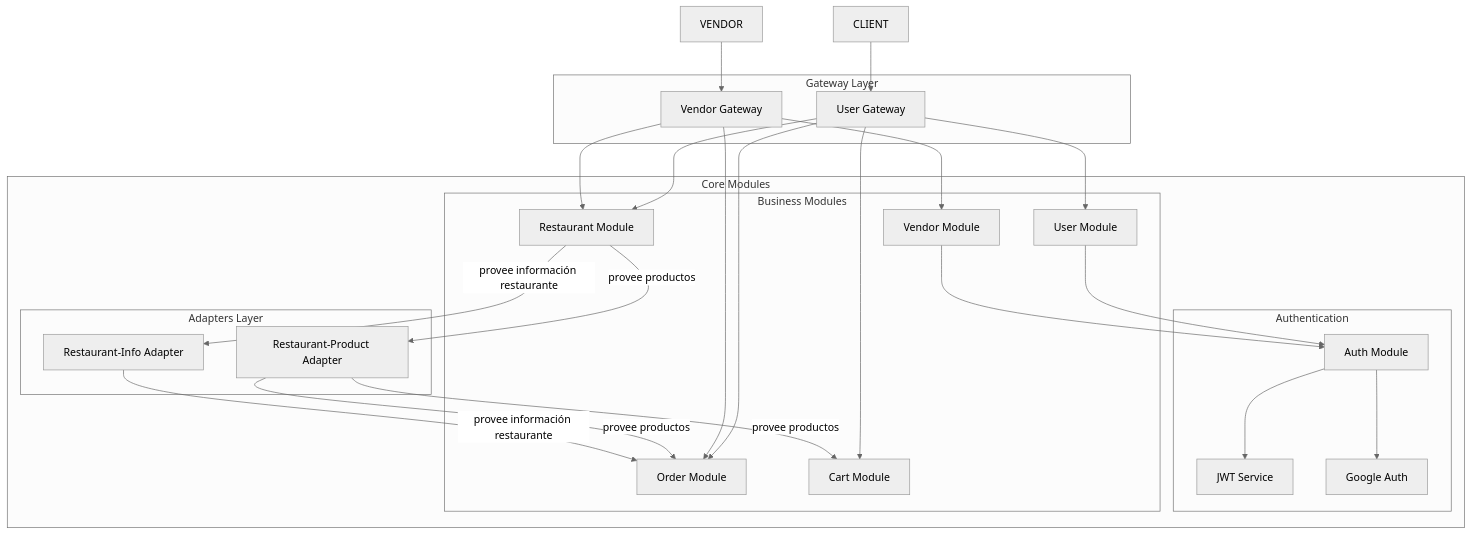
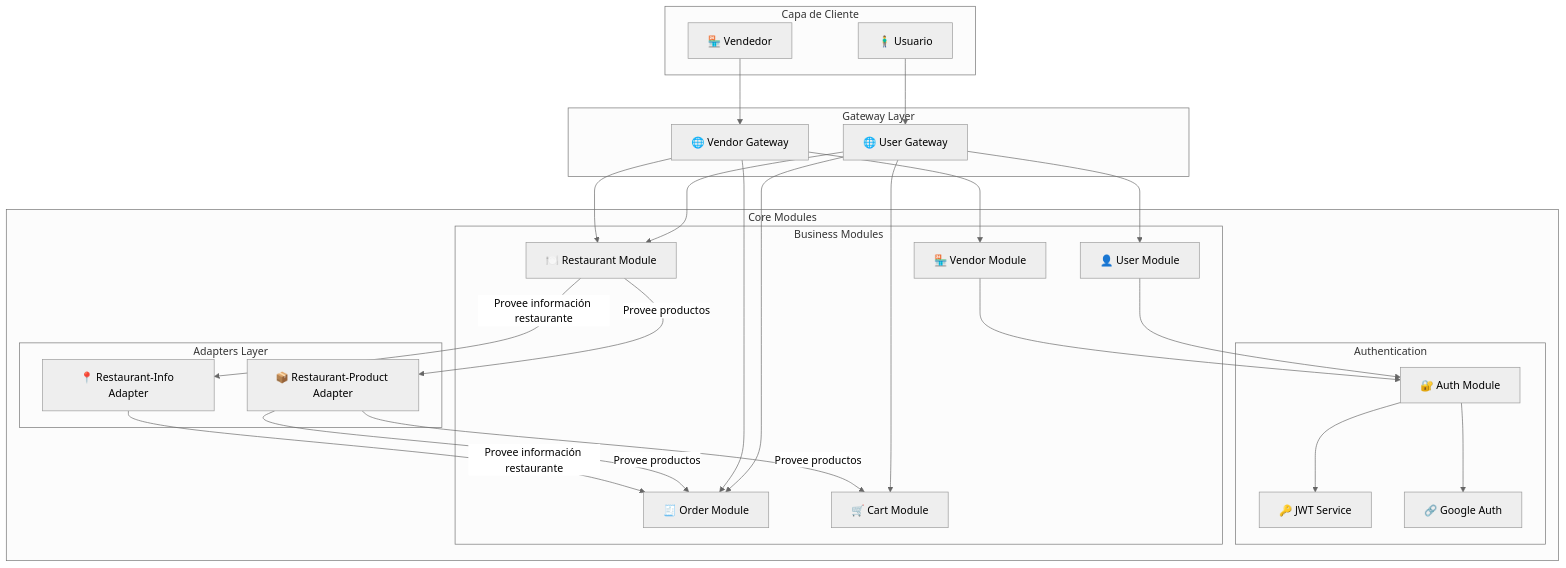
The diagram in README.md (FacundoZin/TP-Rappi-Metodolog-aDeSistemas-), drawn with Mermaid (neutral theme) before and after one commit. The commit also changed other lines of this file, not shown here.

````diff
--- a/README.md
+++ b/README.md
@@ -1,56 +3,72 @@
 ```mermaid
+%% =====================================
+%% ARQUITECTURA GENERAL DEL SISTEMA
+%% =====================================
 graph TB
 
-    subgraph Gateway Layer
-        UG[User Gateway]
-        VG[Vendor Gateway]
+    %% ==== CLIENTES ====
+    subgraph Capa de Cliente
+        CLIENT[🧍‍♂️ Usuario]
+        VENDOR[🏪 Vendedor]
     end
 
+    %% ==== GATEWAY ====
+    subgraph Gateway Layer
+        UG[🌐 User Gateway]
+        VG[🌐 Vendor Gateway]
+    end
+
+    %% ==== CORE ====
     subgraph Core Modules
+
+        %% --- AUTENTICACIÓN ---
         subgraph Authentication
-            AUTH[Auth Module]
-            JWT[JWT Service]
-            GOOGLE[Google Auth]
+            AUTH[🔐 Auth Module]
+            JWT[🔑 JWT Service]
+            GOOGLE[🔗 Google Auth]
         end
 
+        %% --- NEGOCIO ---
         subgraph Business Modules
-            UM[User Module]
-            VM[Vendor Module]
-            OM[Order Module]
-            CM[Cart Module]
-            RM[Restaurant Module]
+            UM[👤 User Module]
+            VM[🏪 Vendor Module]
+            OM[🧾 Order Module]
+            CM[🛒 Cart Module]
+            RM[🍽️ Restaurant Module]
         end
 
+        %% --- ADAPTADORES ---
         subgraph Adapters Layer
-            AD_PROD[Restaurant-Product Adapter]
-            AD_RES[Restaurant-Info Adapter]
+            AD_PROD[📦 Restaurant-Product Adapter]
+            AD_RES[📍 Restaurant-Info Adapter]
         end
     end
 
-    %% Client connections
+    %% ==== RELACIONES ====
+    %% Clientes
     CLIENT --> UG
     VENDOR --> VG
 
-    %% Gateway connections
+    %% Gateways
     UG --> UM
     UG --> OM
     UG --> CM
     UG --> RM
     VG --> VM
     VG --> OM
     VG --> RM
 
-    %% Auth connections SOLO a User y Vendor
+    %% Autenticación
     UM --> AUTH
     VM --> AUTH
     AUTH --> JWT
     AUTH --> GOOGLE
 
-    %% Adapters connections
-    AD_PROD -- provee productos --> OM
-    AD_PROD -- provee productos --> CM
-    RM -- provee productos --> AD_PROD
+    %% Adaptadores
+    AD_PROD -- "Provee productos" --> OM
+    AD_PROD -- "Provee productos" --> CM
+    RM -- "Provee productos" --> AD_PROD
 
-    AD_RES -- provee información restaurante --> OM
-    RM -- provee información restaurante --> AD_RES
+    AD_RES -- "Provee información restaurante" --> OM
+    RM -- "Provee información restaurante" --> AD_RES
 ```
````
